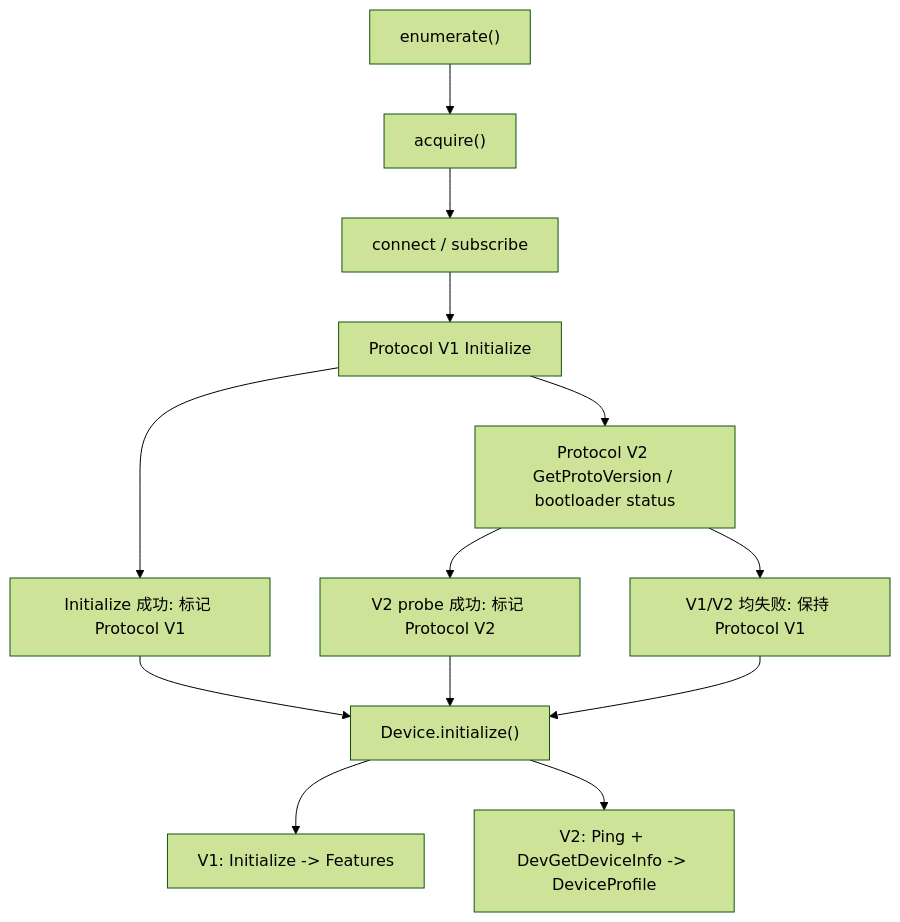
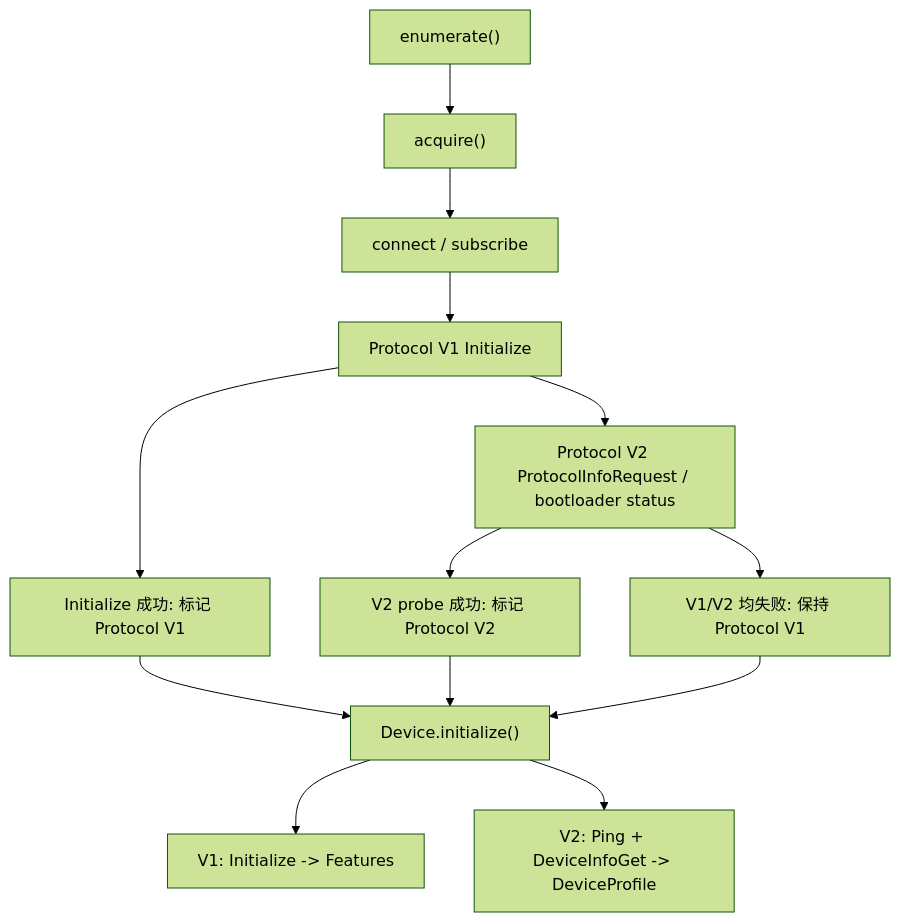
Before and after one commit to OneKeyHQ/hardware-js-sdk: the second of 3 diagrams in docs/architecture.md, drawn with Mermaid (forest theme). The commit also changed other lines of this file and 63 other files, not shown here.

````diff
--- a/docs/architecture.md
+++ b/docs/architecture.md
@@ -74,22 +74,22 @@
 ```mermaid
 flowchart TD
   Enumerate["enumerate()"]
   Acquire["acquire()"]
   Connect["connect / subscribe"]
   ProbeV1["Protocol V1 Initialize"]
   V1["Initialize 成功: 标记 Protocol V1"]
-  ProbeV2["Protocol V2 GetProtoVersion / bootloader status"]
+  ProbeV2["Protocol V2 ProtocolInfoRequest / bootloader status"]
   V2["V2 probe 成功: 标记 Protocol V2"]
   FallbackV1["V1/V2 均失败: 保持 Protocol V1"]
   Init["Device.initialize()"]
   InitV1["V1: Initialize -> Features"]
-  InitV2["V2: Ping + DevGetDeviceInfo -> DeviceProfile"]
+  InitV2["V2: Ping + DeviceInfoGet -> DeviceProfile"]
 
   Enumerate --> Acquire --> Connect --> ProbeV1
   ProbeV1 --> V1 --> Init
   ProbeV1 --> ProbeV2
   ProbeV2 --> V2 --> Init
   ProbeV2 --> FallbackV1 --> Init
   Init --> InitV1
   Init --> InitV2
 ```
````
